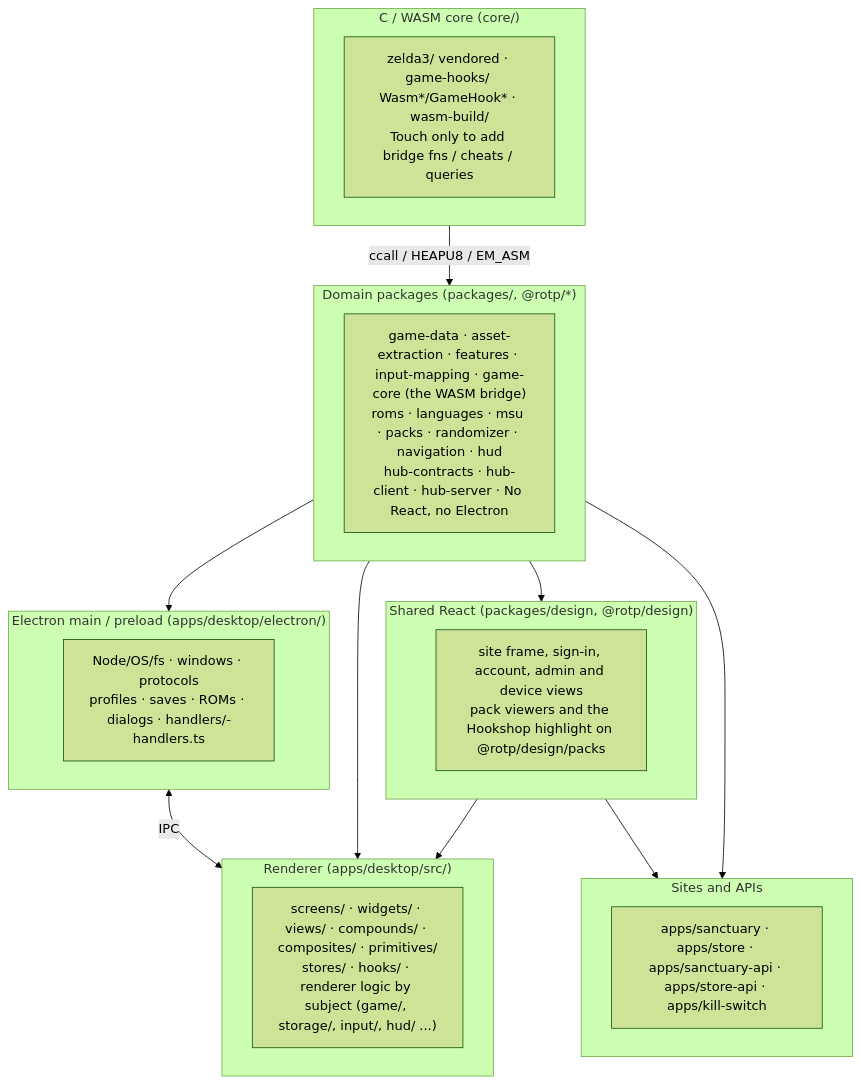
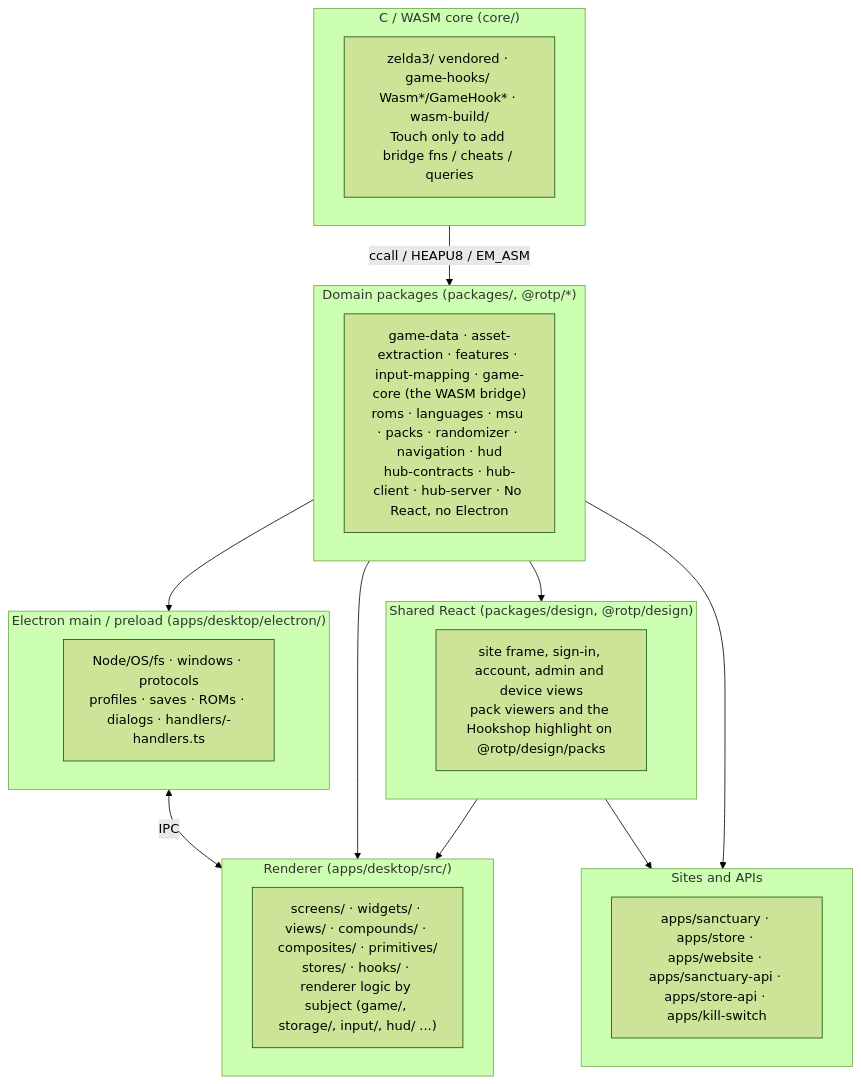
One commit to drizztdourden08/relic-of-the-past changed the diagram in docs/architecture/overview.md. Above: the diagram before and after it, drawn with Mermaid (forest theme). The commit also changed 139 other files, not shown here.

Commit message:
feat(website): bring the public site into the repo as apps/website, a Brock site with a gh-pages deploy

````diff
--- a/docs/architecture/overview.md
+++ b/docs/architecture/overview.md
@@ -14,29 +14,29 @@
 ```mermaid
 flowchart TD
     subgraph CORE["C / WASM core (core/)"]
         Z["zelda3/ vendored · game-hooks/ Wasm*/GameHook* · wasm-build/<br/>Touch only to add bridge fns / cheats / queries"]
     end
     subgraph PKG["Domain packages (packages/, @rotp/*)"]
         P["game-data · asset-extraction · features · input-mapping · game-core (the WASM bridge)<br/>roms · languages · msu · packs · randomizer · navigation · hud<br/>hub-contracts · hub-client · hub-server · No React, no Electron"]
     end
     subgraph DSG["Shared React (packages/design, @rotp/design)"]
         D["site frame, sign-in, account, admin and device views<br/>pack viewers and the Hookshop highlight on @rotp/design/packs"]
     end
     subgraph EL["Electron main / preload (apps/desktop/electron/)"]
         E["Node/OS/fs · windows · protocols<br/>profiles · saves · ROMs · dialogs · handlers/<subject>-handlers.ts"]
     end
     subgraph REN["Renderer (apps/desktop/src/)"]
         R["screens/ · widgets/ · views/ · compounds/ · composites/ · primitives/<br/>stores/ · hooks/ · renderer logic by subject (game/, storage/, input/, hud/ ...)"]
     end
     subgraph WEB["Sites and APIs"]
-        W["apps/sanctuary · apps/store · apps/sanctuary-api · apps/store-api · apps/kill-switch"]
+        W["apps/sanctuary · apps/store · apps/website · apps/sanctuary-api · apps/store-api · apps/kill-switch"]
     end
     CORE -->|"ccall / HEAPU8 / EM_ASM"| PKG
     PKG --> EL
     PKG --> REN
     PKG --> DSG
     DSG --> REN
     DSG --> WEB
     PKG --> WEB
     EL <-->|"IPC"| REN
 ```
````
